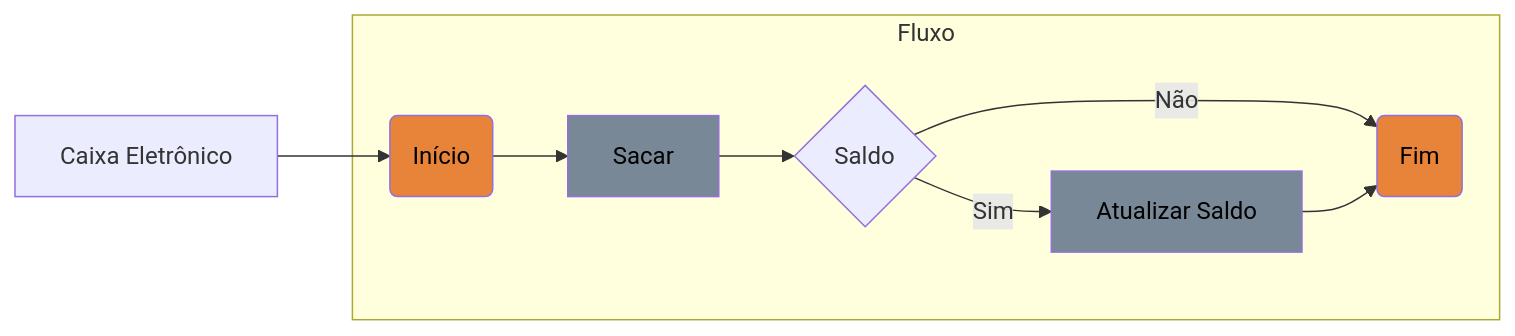
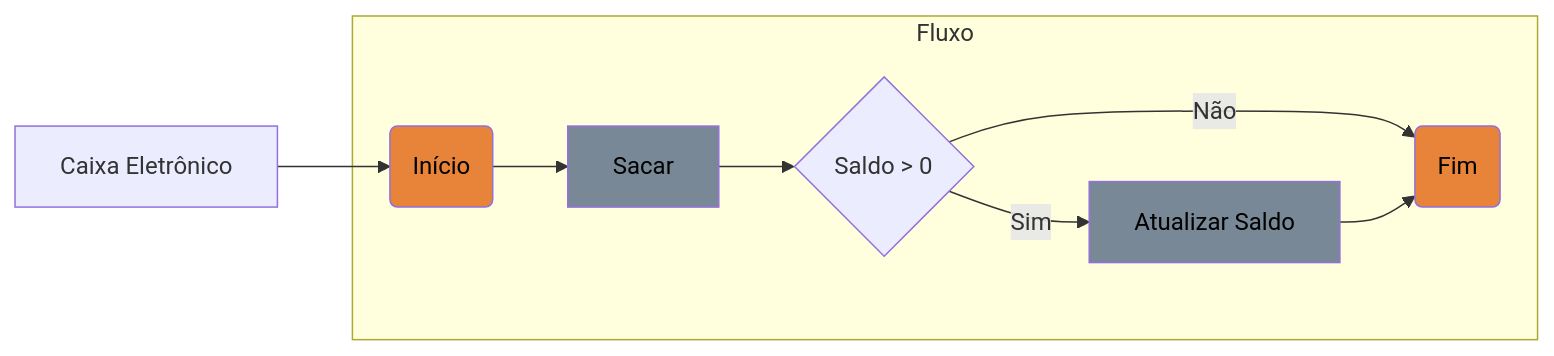
Before and after one commit to AlysonDEV/dio-java-basico: the first of 2 diagrams in src/edu/alyson/controlefluxos/README.md, drawn with Mermaid. The commit also changed other lines of this file and 1 other file, not shown here.

````diff
--- a/src/edu/alyson/controlefluxos/README.md
+++ b/src/edu/alyson/controlefluxos/README.md
@@ -16,18 +19,18 @@
 ```mermaid
 flowchart LR
     A[Caixa Eletrônico] --> I(Início):::secundaria --> B[Sacar]:::caixa
-    B --> C{Saldo}
+    B --> C{Saldo > 0}
     C -->|Sim| D[Atualizar Saldo]
     C -->|Não| E(Fim)
     D --> E:::secundaria
     subgraph Fluxo
         I
         B
         C
         D:::caixa
         E
         end
     
     classDef secundaria fill:#E8833A,color:#000
     classDef caixa fill:#788896,color:#000
 ```
````
